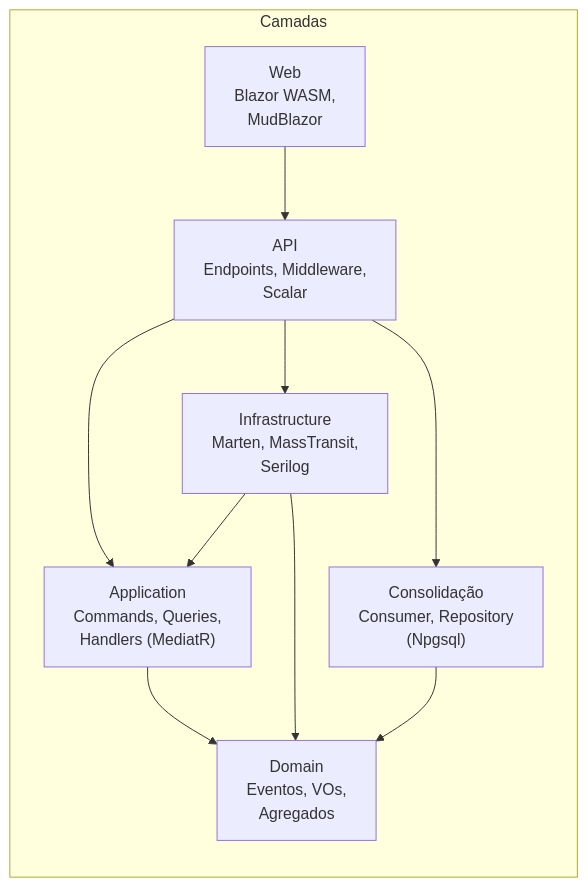
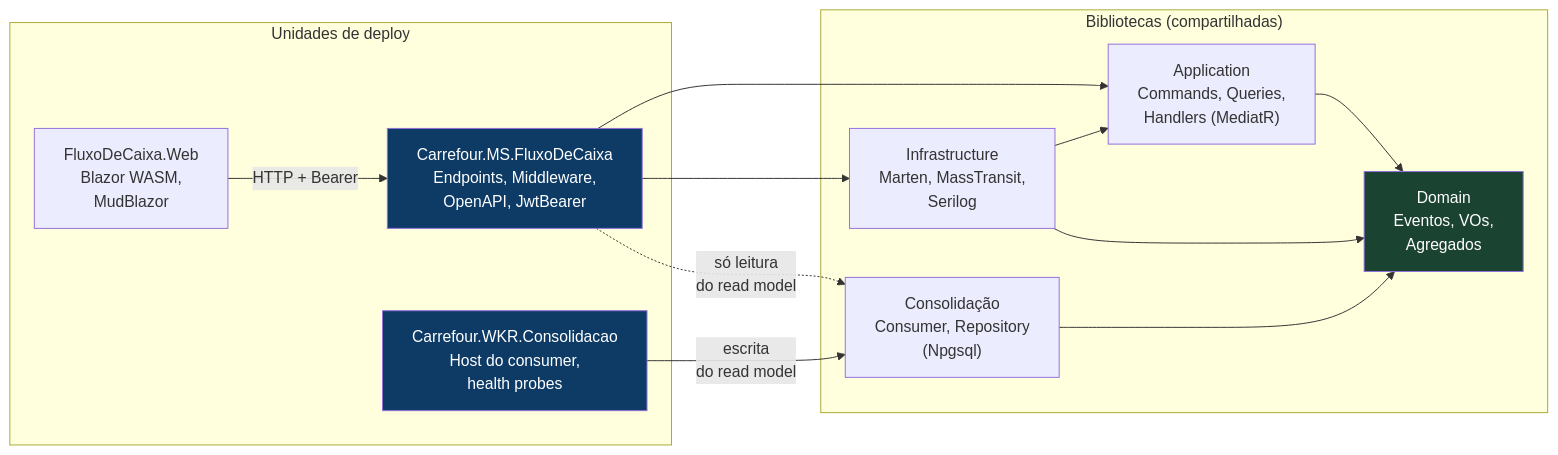
The third of 5 diagrams in ARCHITECTURE.md (cassio4ntunes-sudo/desafio_arquitetura_solucoes), drawn with Mermaid before and after one commit. The commit also changed other lines of this file and 139 other files, not shown here.

````diff
--- a/ARCHITECTURE.md
+++ b/ARCHITECTURE.md
@@ -68,20 +77,32 @@
 ```mermaid
 graph LR
-    subgraph "Camadas"
-        Domain["Domain<br/>Eventos, VOs,<br/>Agregados"]
+    subgraph Deploy["Unidades de deploy"]
+        Web["FluxoDeCaixa.Web<br/>Blazor WASM,<br/>MudBlazor"]
+        MS["Carrefour.MS.FluxoDeCaixa<br/>Endpoints, Middleware,<br/>OpenAPI, JwtBearer"]
+        WKR["Carrefour.WKR.Consolidacao<br/>Host do consumer,<br/>health probes"]
+    end
+
+    subgraph Libs["Bibliotecas (compartilhadas)"]
         Application["Application<br/>Commands, Queries,<br/>Handlers (MediatR)"]
         Infrastructure["Infrastructure<br/>Marten, MassTransit,<br/>Serilog"]
         Consolidacao["Consolidação<br/>Consumer, Repository<br/>(Npgsql)"]
-        Api["API<br/>Endpoints, Middleware,<br/>Scalar"]
-        Web["Web<br/>Blazor WASM,<br/>MudBlazor"]
+        Domain["Domain<br/>Eventos, VOs,<br/>Agregados"]
     end
 
-    Web --> Api
-    Api --> Application
-    Api --> Infrastructure
-    Api --> Consolidacao
+    Web -->|"HTTP + Bearer"| MS
+
+    MS --> Application
+    MS --> Infrastructure
+    MS -.->|"só leitura<br/>do read model"| Consolidacao
+
+    WKR -->|"escrita<br/>do read model"| Consolidacao
+
     Infrastructure --> Application
     Infrastructure --> Domain
     Application --> Domain
     Consolidacao --> Domain
+
+    style MS fill:#0d3b66,color:#fff
+    style WKR fill:#0d3b66,color:#fff
+    style Domain fill:#1b4332,color:#fff
 ```
````
